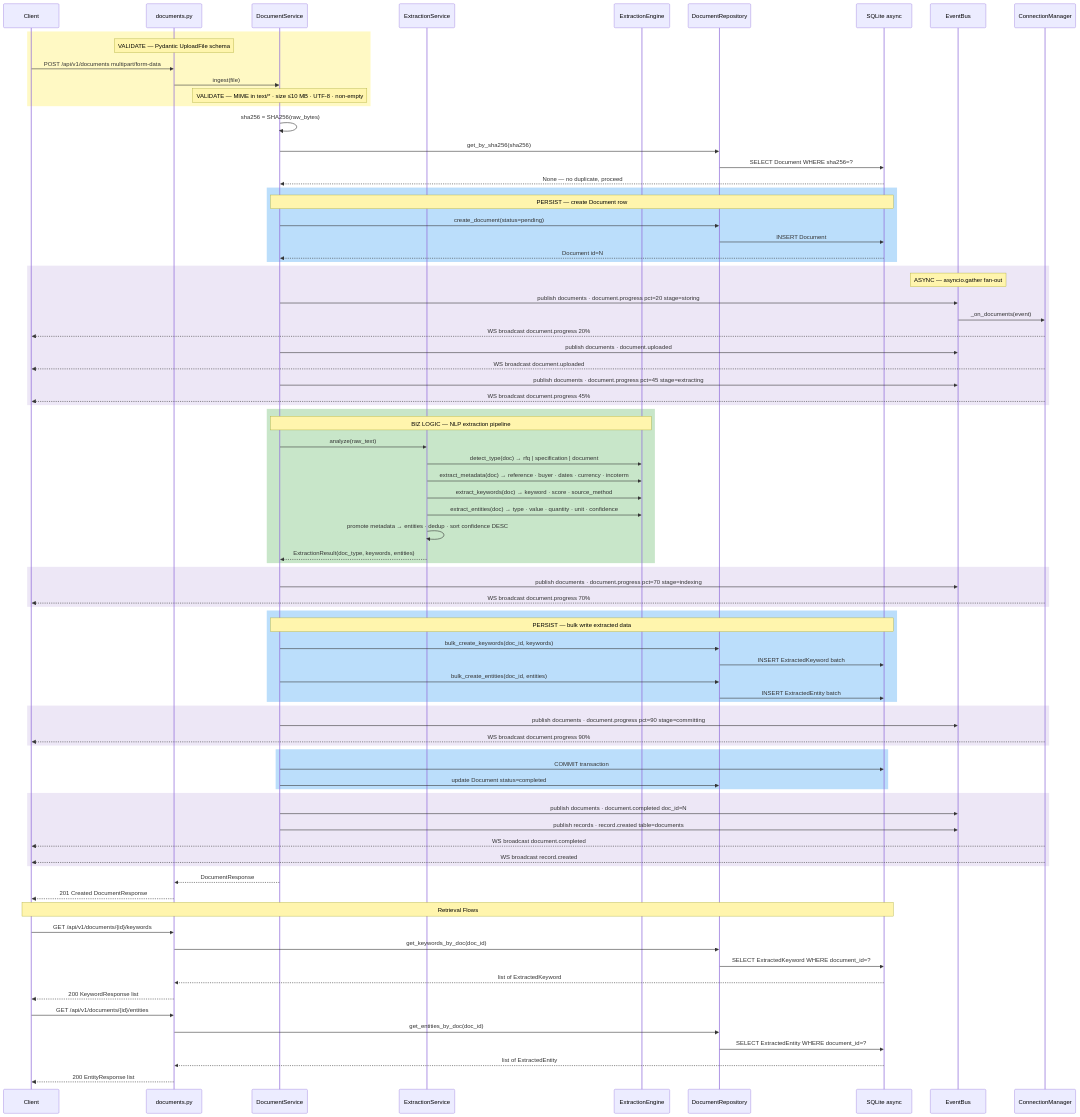
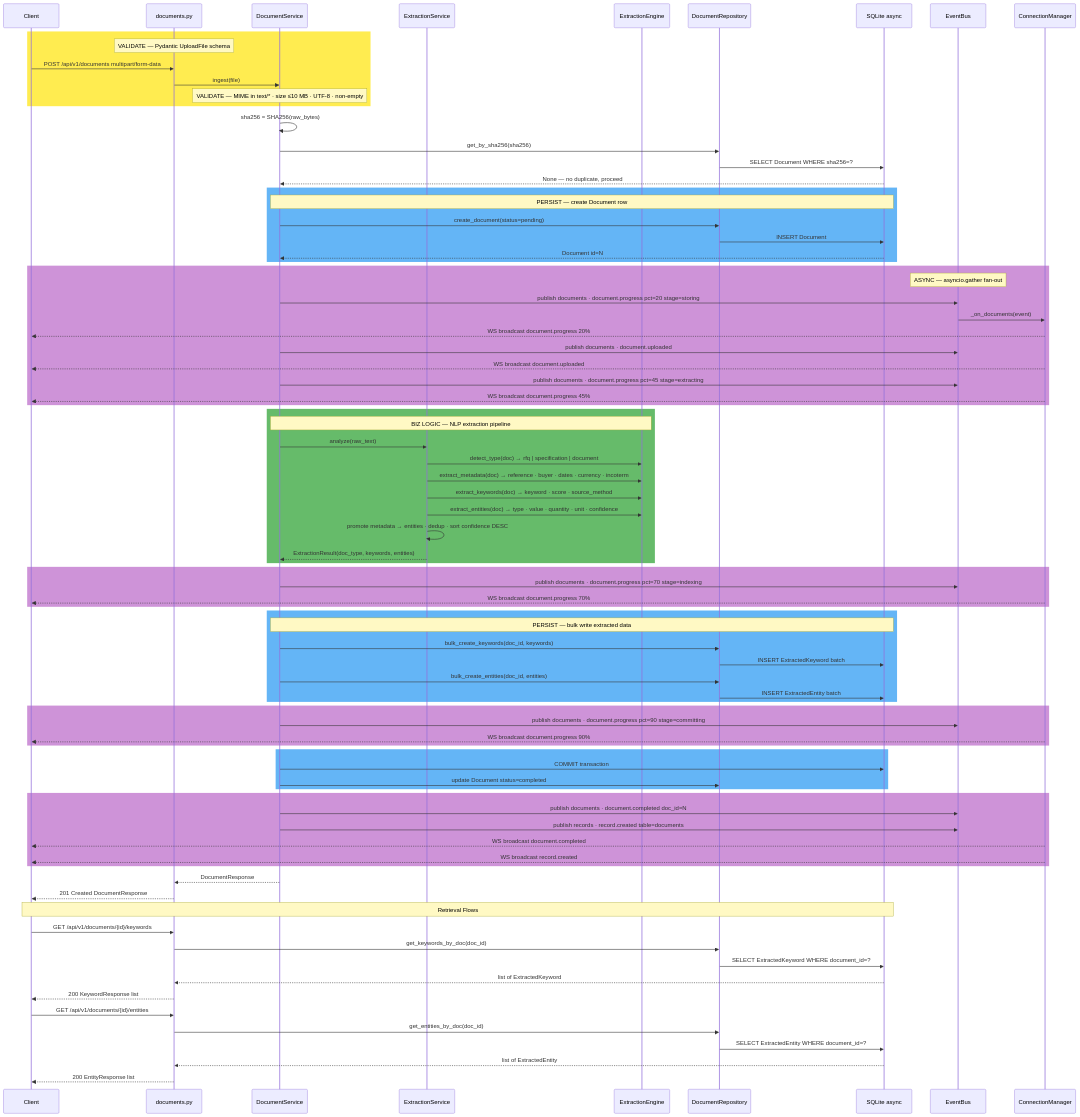
One commit to EsraaRMashaal/dataisource-takehome changed the second of 5 diagrams in docs/diagram-requirements.md. Above: the diagram before and after it, drawn with Mermaid. The commit also changed 1 other file, not shown here.

Commit message:
fix: Update link to README Database Schema in GDELT monitoring documentation

````diff
--- a/docs/diagram-requirements.md
+++ b/docs/diagram-requirements.md
@@ -154,4 +154,5 @@
 ```mermaid
+%%{init: {'theme': 'default', 'themeVariables': {'background': '#ffffff', 'primaryTextColor': '#000000', 'noteBkgColor': '#fff9c4', 'noteTextColor': '#000000'}}}%%
 sequenceDiagram
     participant C  as Client
     participant EP as documents.py
@@ -163,7 +164,7 @@
     participant EB as EventBus
     participant CM as ConnectionManager
 
-    rect rgb(255, 249, 196)
+    rect rgb(255, 236, 80)
         Note over EP: VALIDATE — Pydantic UploadFile schema
         C->>EP: POST /api/v1/documents  multipart/form-data
         EP->>DS: ingest(file)
@@ -175,14 +176,14 @@
     DR->>DB: SELECT Document WHERE sha256=?
     DB-->>DS: None — no duplicate, proceed
 
-    rect rgb(187, 222, 251)
+    rect rgb(100, 181, 246)
         Note over DS,DB: PERSIST — create Document row
         DS->>DR: create_document(status=pending)
         DR->>DB: INSERT Document
         DB-->>DS: Document id=N
     end
 
-    rect rgb(237, 231, 246)
+    rect rgb(206, 147, 216)
         Note over EB: ASYNC — asyncio.gather fan-out
         DS->>EB: publish documents · document.progress pct=20 stage=storing
         EB->>CM: _on_documents(event)
@@ -193,7 +194,7 @@
         CM-->>C: WS broadcast document.progress 45%
     end
 
-    rect rgb(200, 230, 201)
+    rect rgb(102, 187, 106)
         Note over DS,EE: BIZ LOGIC — NLP extraction pipeline
         DS->>ES: analyze(raw_text)
         ES->>EE: detect_type(doc) → rfq | specification | document
@@ -204,12 +205,12 @@
         ES-->>DS: ExtractionResult(doc_type, keywords, entities)
     end
 
-    rect rgb(237, 231, 246)
+    rect rgb(206, 147, 216)
         DS->>EB: publish documents · document.progress pct=70 stage=indexing
         CM-->>C: WS broadcast document.progress 70%
     end
 
-    rect rgb(187, 222, 251)
+    rect rgb(100, 181, 246)
         Note over DS,DB: PERSIST — bulk write extracted data
         DS->>DR: bulk_create_keywords(doc_id, keywords)
         DR->>DB: INSERT ExtractedKeyword batch
@@ -217,17 +218,17 @@
         DR->>DB: INSERT ExtractedEntity batch
     end
 
-    rect rgb(237, 231, 246)
+    rect rgb(206, 147, 216)
         DS->>EB: publish documents · document.progress pct=90 stage=committing
         CM-->>C: WS broadcast document.progress 90%
     end
 
-    rect rgb(187, 222, 251)
+    rect rgb(100, 181, 246)
         DS->>DB: COMMIT transaction
         DS->>DR: update Document status=completed
     end
 
-    rect rgb(237, 231, 246)
+    rect rgb(206, 147, 216)
         DS->>EB: publish documents · document.completed doc_id=N
         DS->>EB: publish records · record.created table=documents
         CM-->>C: WS broadcast document.completed
````
